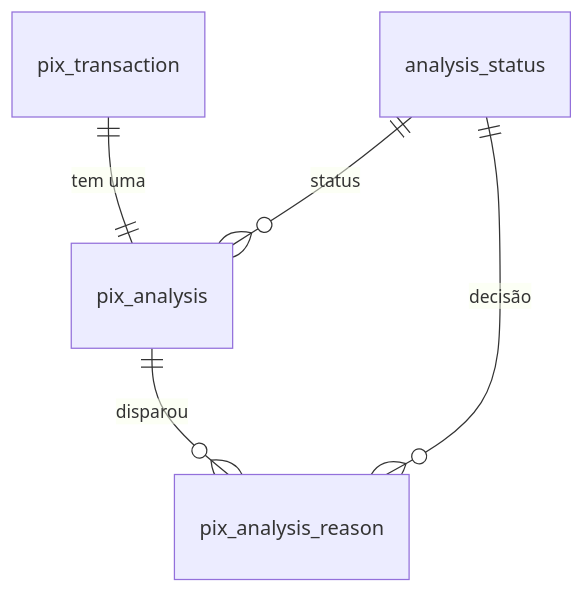
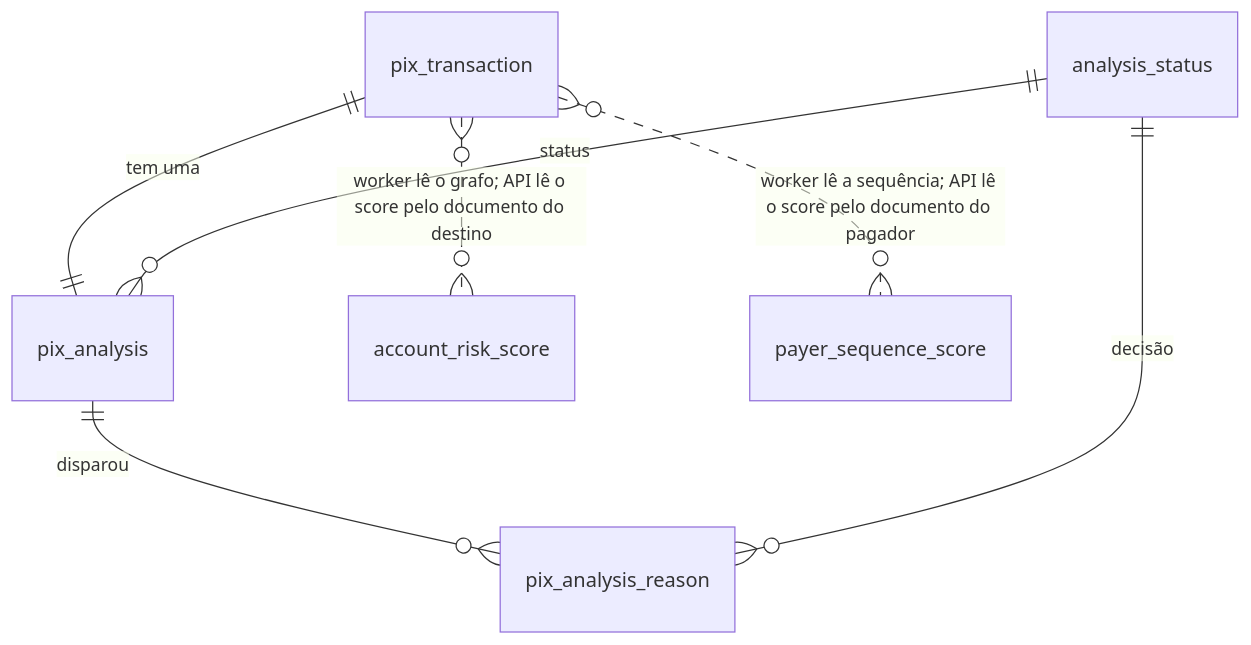
One commit to phprestes/Hackathon-Anti-Fraud-Pix changed the diagram in docs/04-dados/modelo.md. Above: the diagram before and after it, drawn with Mermaid. The commit also changed other lines of this file and 37 other files, not shown here.

````diff
--- a/docs/04-dados/modelo.md
+++ b/docs/04-dados/modelo.md
@@ -18,7 +18,9 @@
 ```mermaid
 erDiagram
     pix_transaction ||--|| pix_analysis : "tem uma"
     pix_analysis ||--o{ pix_analysis_reason : "disparou"
     analysis_status ||--o{ pix_analysis : "status"
     analysis_status ||--o{ pix_analysis_reason : "decisão"
+    pix_transaction }o..o{ account_risk_score : "worker lê o grafo; API lê o score pelo documento do destino"
+    pix_transaction }o..o{ payer_sequence_score : "worker lê a sequência; API lê o score pelo documento do pagador"
 ```
````
